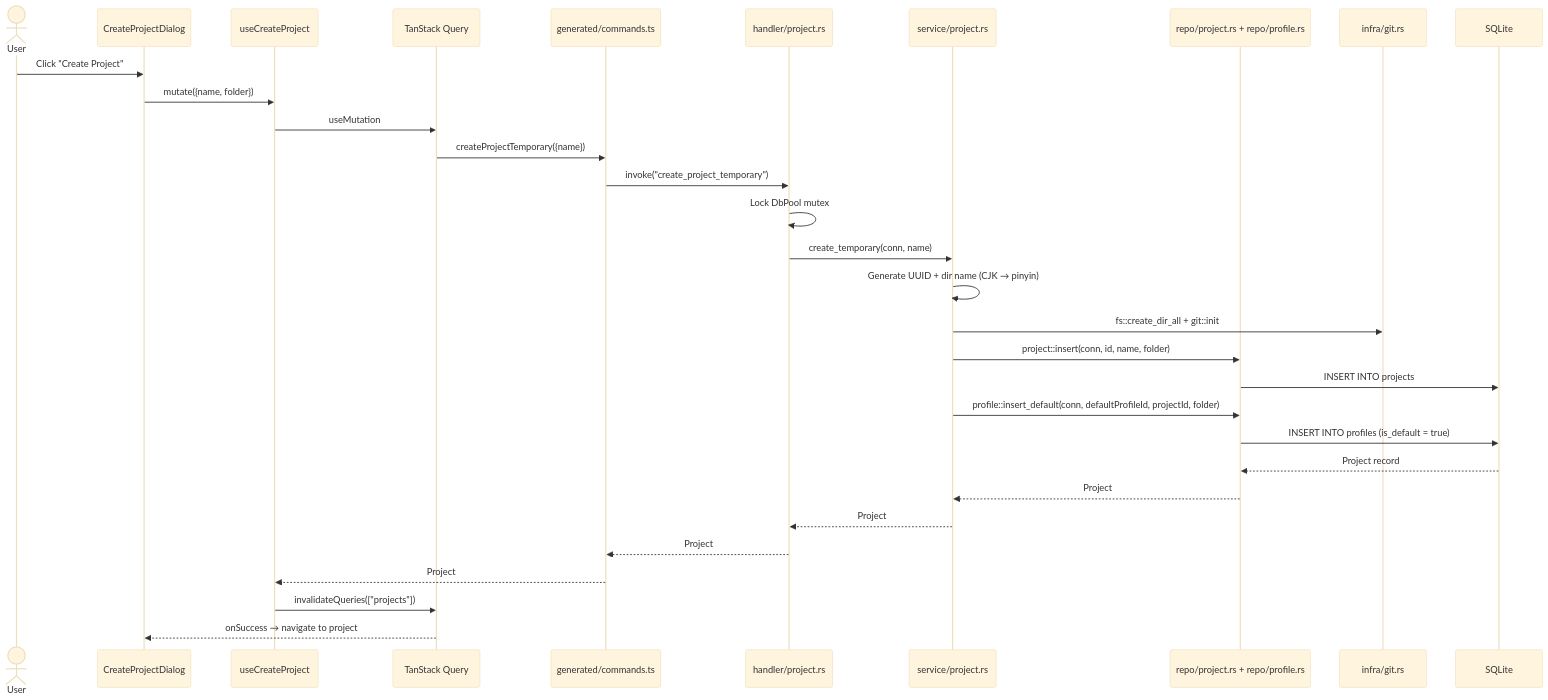
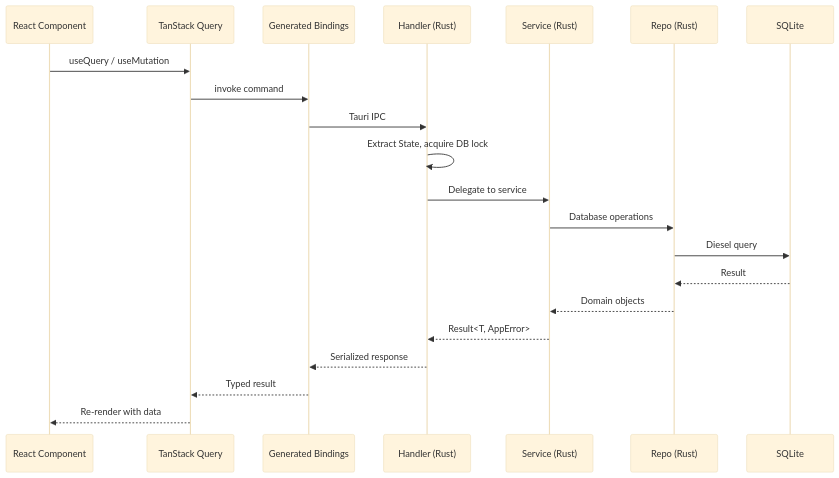
The first of 5 diagrams in docs/data-flow.md (AkaraChen/2code), drawn with Mermaid (base theme) before and after one commit. The commit also changed other lines of this file and 5 other files, not shown here.

First line of the commit message:
docs: regenerate architecture docs and update CLAUDE.md

````diff
--- a/docs/data-flow.md
+++ b/docs/data-flow.md
@@ -11,36 +7,24 @@
 ```mermaid
 sequenceDiagram
-    actor User
-    participant UI as CreateProjectDialog
-    participant Hook as useCreateProject
+    participant C as React Component
     participant TQ as TanStack Query
-    participant Gen as generated/commands.ts
-    participant Handler as handler/project.rs
-    participant Service as service/project.rs
-    participant Repo as repo/project.rs + repo/profile.rs
-    participant Infra as infra/git.rs
+    participant Gen as Generated Bindings
+    participant H as Handler (Rust)
+    participant S as Service (Rust)
+    participant R as Repo (Rust)
     participant DB as SQLite
 
-    User->>UI: Click "Create Project"
-    UI->>Hook: mutate({name, folder})
-    Hook->>TQ: useMutation
-    TQ->>Gen: createProjectTemporary({name})
-    Gen->>Handler: invoke("create_project_temporary")
-
-    Handler->>Handler: Lock DbPool mutex
-    Handler->>Service: create_temporary(conn, name)
-    Service->>Service: Generate UUID + dir name (CJK → pinyin)
-    Service->>Infra: fs::create_dir_all + git::init
-    Service->>Repo: project::insert(conn, id, name, folder)
-    Repo->>DB: INSERT INTO projects
-    Service->>Repo: profile::insert_default(conn, defaultProfileId, projectId, folder)
-    Repo->>DB: INSERT INTO profiles (is_default = true)
-    DB-->>Repo: Project record
-
-    Repo-->>Service: Project
-    Service-->>Handler: Project
-    Handler-->>Gen: Project
-    Gen-->>Hook: Project
-    Hook->>TQ: invalidateQueries(["projects"])
-    TQ-->>UI: onSuccess → navigate to project
+    C->>TQ: useQuery / useMutation
+    TQ->>Gen: invoke command
+    Gen->>H: Tauri IPC
+    H->>H: Extract State, acquire DB lock
+    H->>S: Delegate to service
+    S->>R: Database operations
+    R->>DB: Diesel query
+    DB-->>R: Result
+    R-->>S: Domain objects
+    S-->>H: Result<T, AppError>
+    H-->>Gen: Serialized response
+    Gen-->>TQ: Typed result
+    TQ-->>C: Re-render with data
 ```
````
